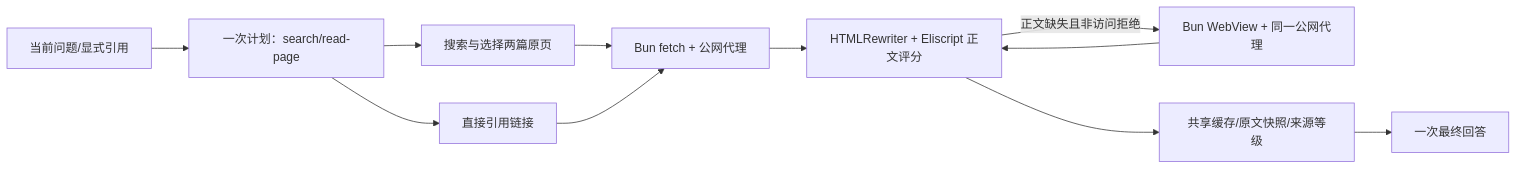
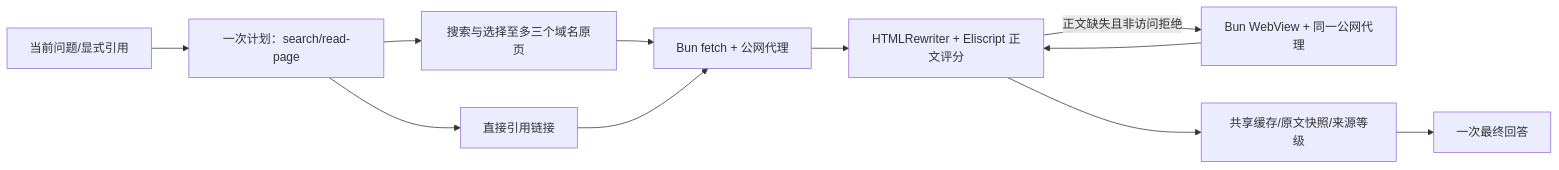
Before and after one commit to liuchong/tibo: the second of 2 diagrams in docs/design/web-reading.md, drawn with Mermaid. The commit also changed other lines of this file and 28 other files, not shown here.

````diff
--- a/docs/design/web-reading.md
+++ b/docs/design/web-reading.md
@@ -71,13 +71,13 @@
 ```mermaid
 flowchart LR
   Q[当前问题/显式引用] --> P[一次计划：search/read-page]
-  P --> S[搜索与选择两篇原页]
+  P --> S[搜索与选择至多三个域名原页]
   P --> U[直接引用链接]
   S --> F[Bun fetch + 公网代理]
   U --> F
   F --> E[HTMLRewriter + Eliscript 正文评分]
   E -->|正文缺失且非访问拒绝| V[Bun WebView + 同一公网代理]
   V --> E
   E --> C[共享缓存/原文快照/来源等级]
   C --> A[一次最终回答]
 ```
````
